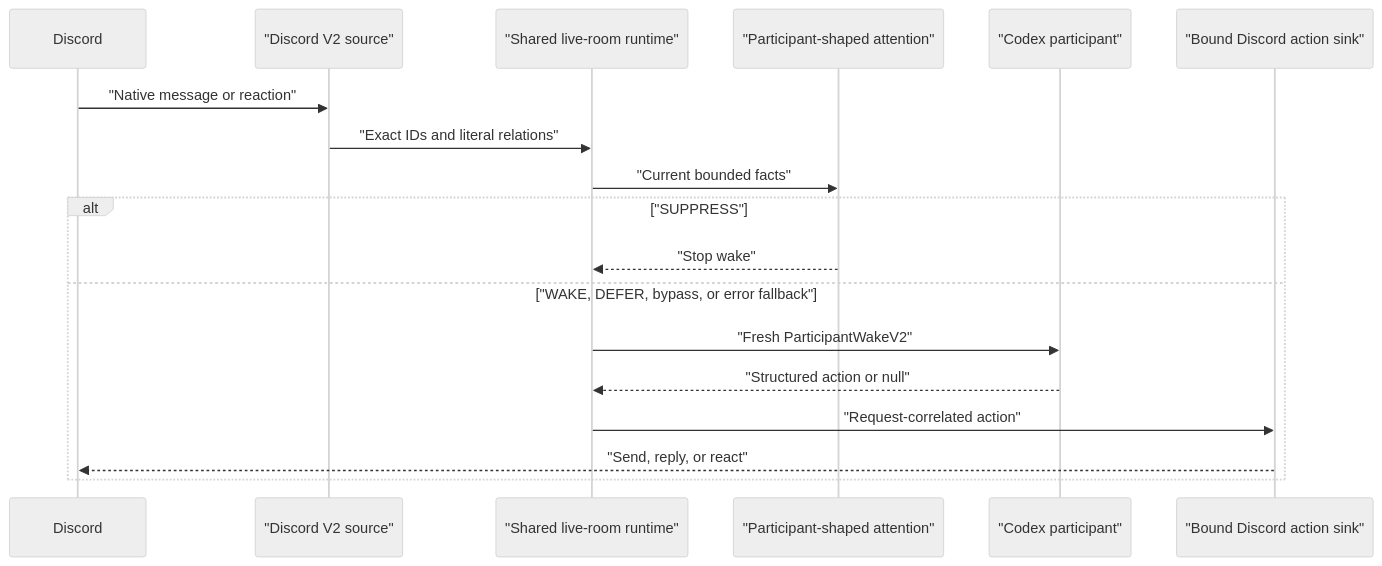
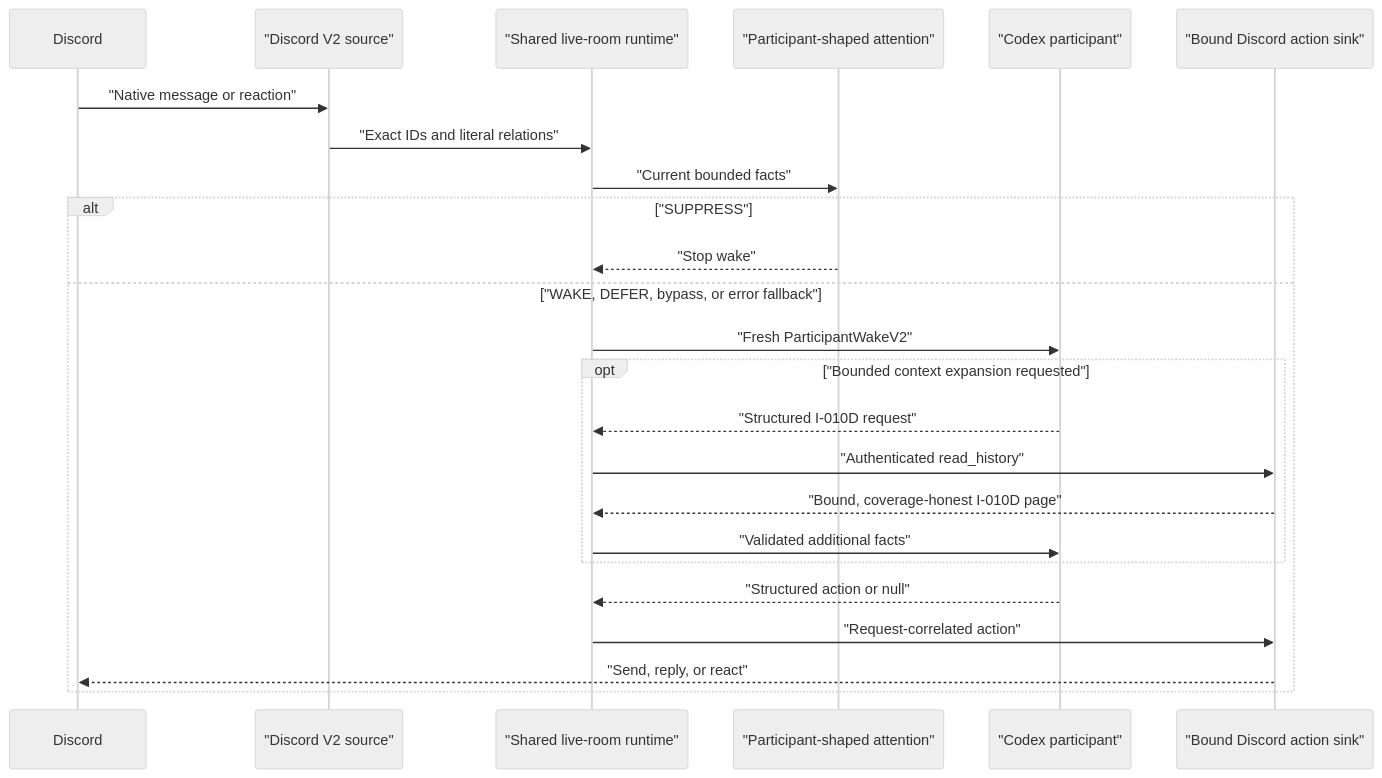
Before and after one commit to mentatzoe/nunchi: the diagram in docs/integrations/codex-v2.md, drawn with Mermaid (neutral theme). The commit also changed other lines of this file and 8 other files, not shown here.

````diff
--- a/docs/integrations/codex-v2.md
+++ b/docs/integrations/codex-v2.md
@@ -6,20 +6,26 @@
 ```mermaid
 sequenceDiagram
     participant Discord
     participant Source as "Discord V2 source"
     participant Runtime as "Shared live-room runtime"
     participant Attention as "Participant-shaped attention"
     participant Codex as "Codex participant"
     participant Transport as "Bound Discord action sink"
     Discord->>Source: "Native message or reaction"
     Source->>Runtime: "Exact IDs and literal relations"
     Runtime->>Attention: "Current bounded facts"
     alt "SUPPRESS"
         Attention-->>Runtime: "Stop wake"
     else "WAKE, DEFER, bypass, or error fallback"
         Runtime->>Codex: "Fresh ParticipantWakeV2"
+        opt "Bounded context expansion requested"
+            Codex-->>Runtime: "Structured I-010D request"
+            Runtime->>Transport: "Authenticated read_history"
+            Transport-->>Runtime: "Bound, coverage-honest I-010D page"
+            Runtime->>Codex: "Validated additional facts"
+        end
         Codex-->>Runtime: "Structured action or null"
         Runtime->>Transport: "Request-correlated action"
         Transport-->>Discord: "Send, reply, or react"
     end
 ```
````
